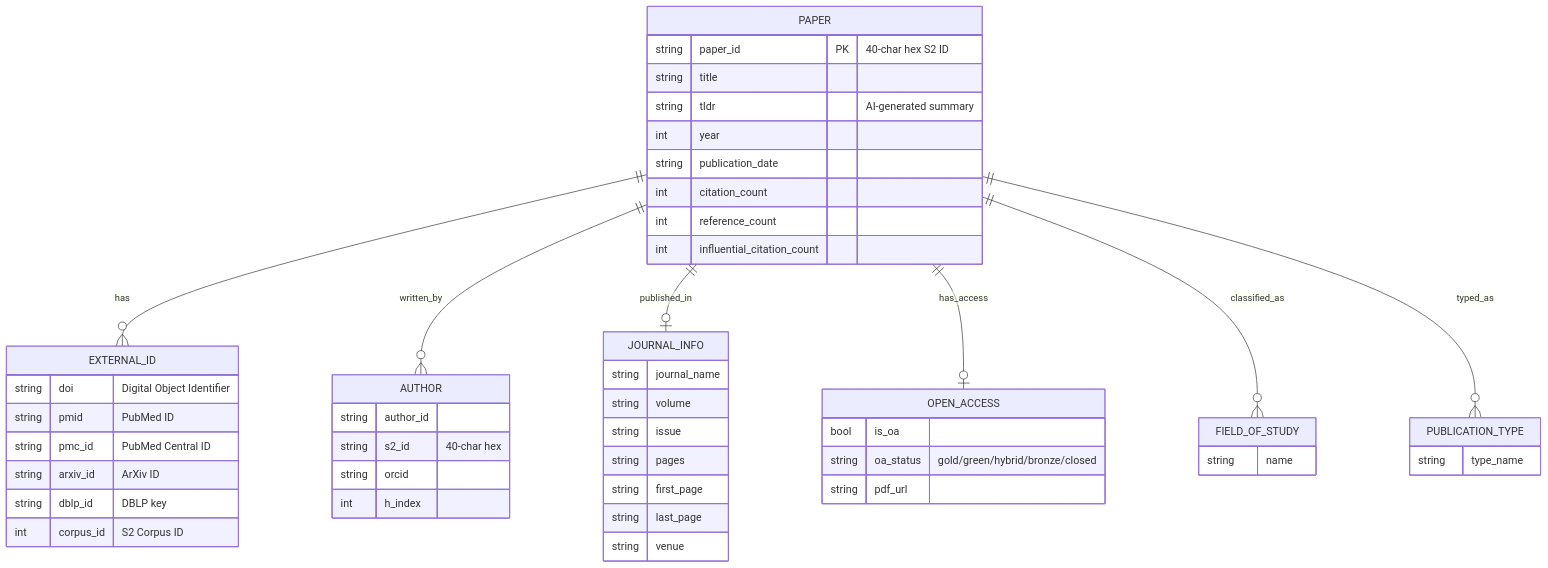
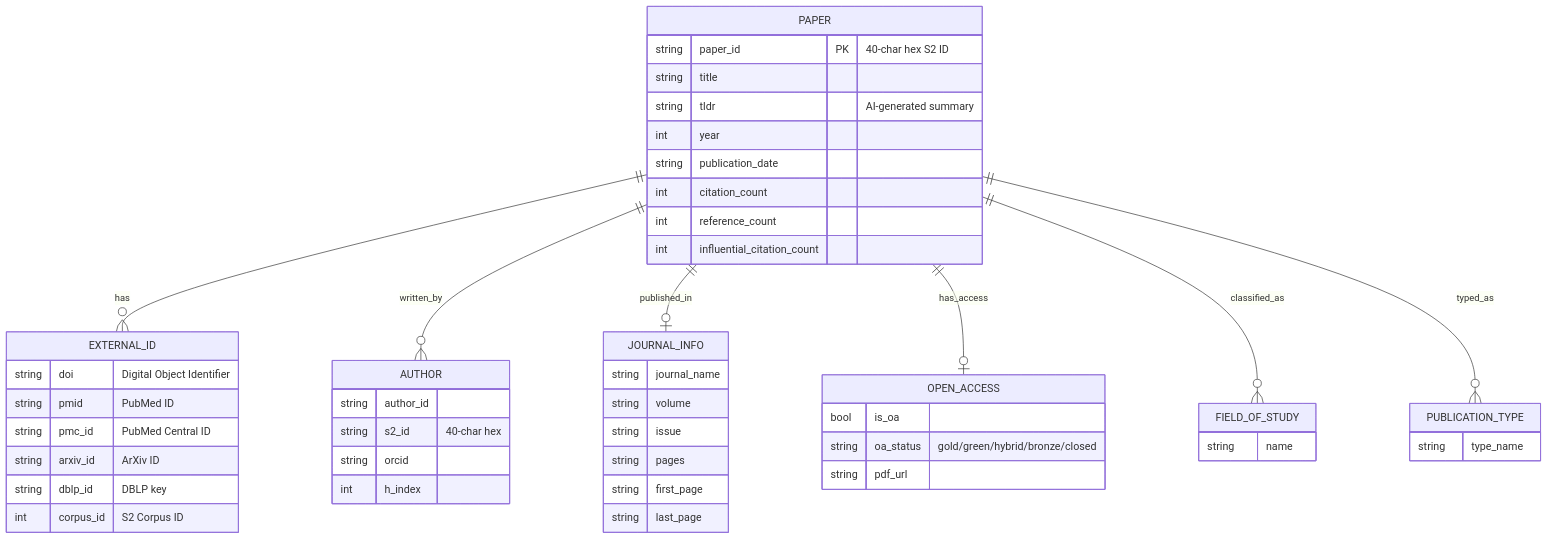
Before and after one commit to SatoryKono/BioactivityDataAcquisition: the second of 2 diagrams in docs/pipelines/semanticscholar-publication.md, drawn with Mermaid. The commit also changed other lines of this file and 6 other files, not shown here.

````diff
--- a/docs/pipelines/semanticscholar-publication.md
+++ b/docs/pipelines/semanticscholar-publication.md
@@ -687,60 +688,59 @@
 ```mermaid
 erDiagram
     PAPER ||--o{ EXTERNAL_ID : has
     PAPER ||--o{ AUTHOR : written_by
     PAPER ||--o| JOURNAL_INFO : published_in
     PAPER ||--o| OPEN_ACCESS : has_access
     PAPER ||--o{ FIELD_OF_STUDY : classified_as
     PAPER ||--o{ PUBLICATION_TYPE : typed_as
 
     PAPER {
         string paper_id PK "40-char hex S2 ID"
         string title
         string tldr "AI-generated summary"
         int year
         string publication_date
         int citation_count
         int reference_count
         int influential_citation_count
     }
 
     EXTERNAL_ID {
         string doi "Digital Object Identifier"
         string pmid "PubMed ID"
         string pmc_id "PubMed Central ID"
         string arxiv_id "ArXiv ID"
         string dblp_id "DBLP key"
         int corpus_id "S2 Corpus ID"
     }
 
     AUTHOR {
         string author_id
         string s2_id "40-char hex"
         string orcid
         int h_index
     }
 
     JOURNAL_INFO {
         string journal_name
         string volume
         string issue
         string pages
         string first_page
         string last_page
-        string venue
     }
 
     OPEN_ACCESS {
         bool is_oa
         string oa_status "gold/green/hybrid/bronze/closed"
         string pdf_url
     }
 
     FIELD_OF_STUDY {
         string name
     }
 
     PUBLICATION_TYPE {
         string type_name
     }
 ```
````
